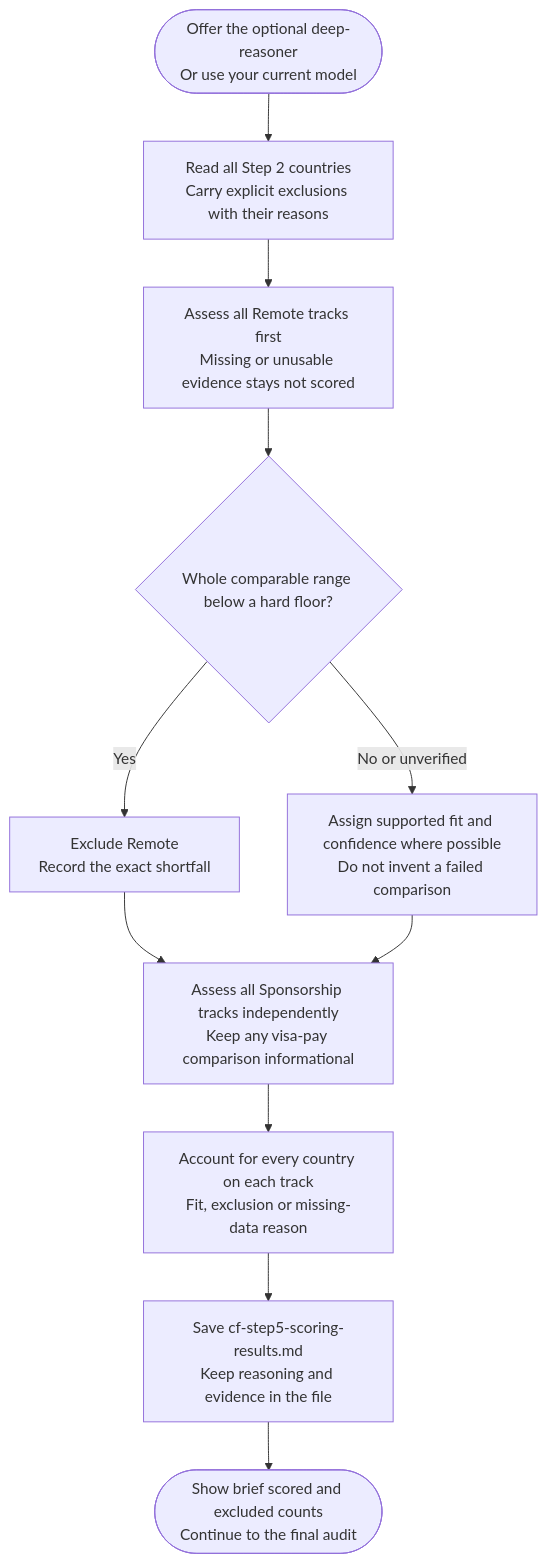
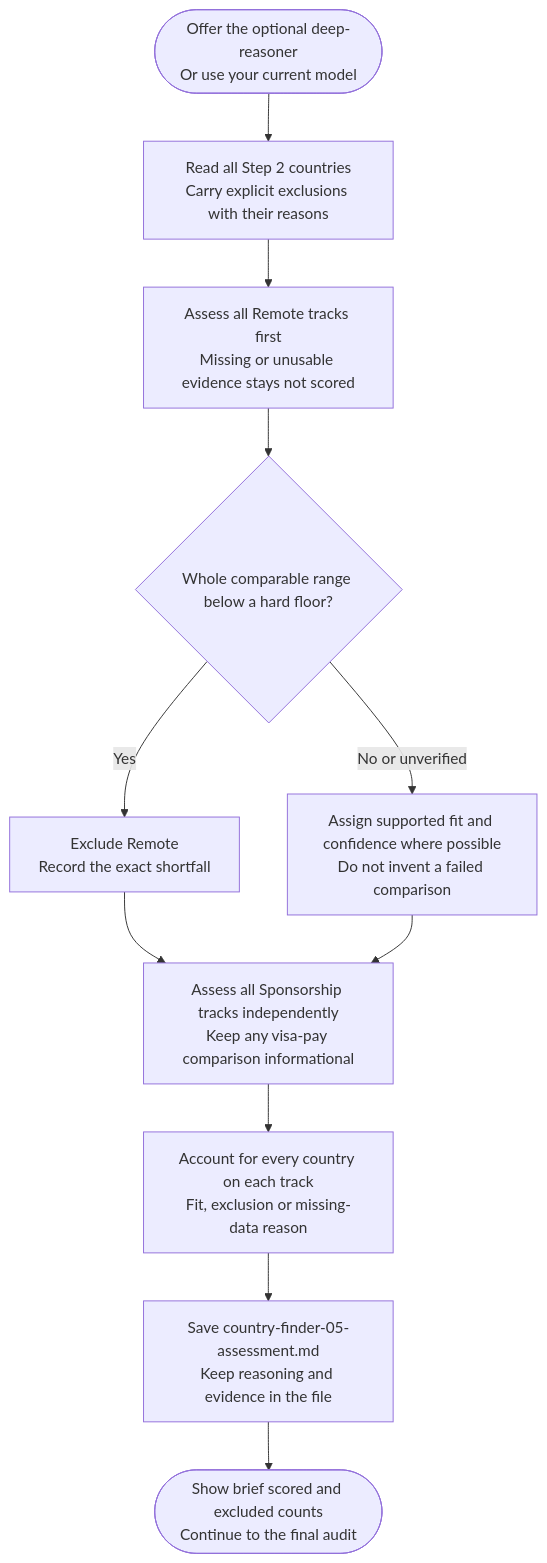
One commit to myowinthein/agent-compass changed the diagram in docs/commands/country-finder/step5-scoring.md. Above: the diagram before and after it, drawn with Mermaid. The commit also changed other lines of this file and 44 other files, not shown here.

````diff
--- a/docs/commands/country-finder/step5-scoring.md
+++ b/docs/commands/country-finder/step5-scoring.md
@@ -14,13 +14,13 @@
 ```mermaid
 flowchart TD
   Start(["Offer the optional deep-reasoner<br/>Or use your current model"]) --> Carry["Read all Step 2 countries<br/>Carry explicit exclusions with their reasons"]
   Carry --> Remote["Assess all Remote tracks first<br/>Missing or unusable evidence stays not scored"]
   Remote --> Floor{"Whole comparable range below a hard floor?"}
   Floor -->|Yes| Exclude["Exclude Remote<br/>Record the exact shortfall"]
   Floor -->|No or unverified| Fit["Assign supported fit and confidence where possible<br/>Do not invent a failed comparison"]
   Exclude --> Sponsorship["Assess all Sponsorship tracks independently<br/>Keep any visa-pay comparison informational"]
   Fit --> Sponsorship
   Sponsorship --> Coverage["Account for every country on each track<br/>Fit, exclusion or missing-data reason"]
-  Coverage --> Save["Save cf-step5-scoring-results.md<br/>Keep reasoning and evidence in the file"]
+  Coverage --> Save["Save country-finder-05-assessment.md<br/>Keep reasoning and evidence in the file"]
   Save --> Next(["Show brief scored and excluded counts<br/>Continue to the final audit"])
 ```
````
